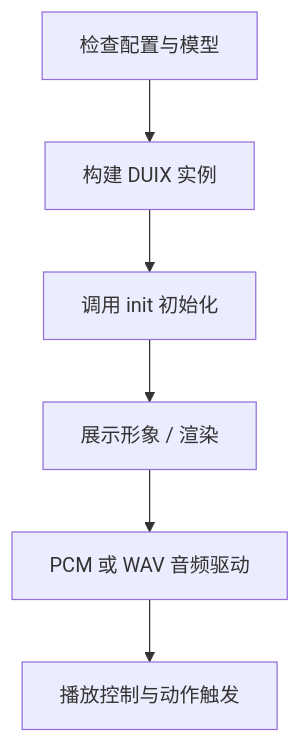
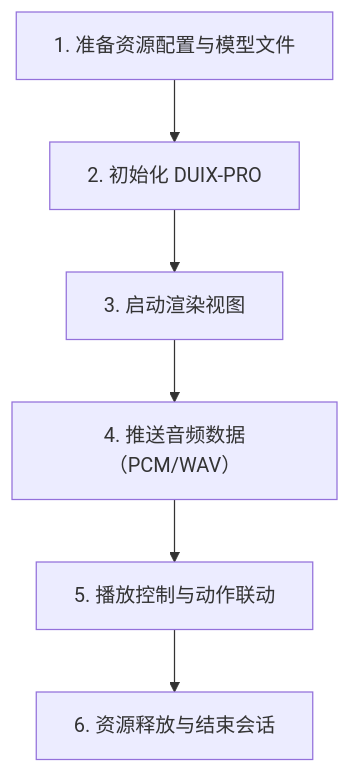
One commit to shixingxing/Duix-Mobile changed the diagram in duix-ios/GJLocalDigitalDemo/README.md. Above: the diagram before and after it, drawn with Mermaid. The commit also changed other lines of this file and 1 other file, not shown here.

````diff
--- a/duix-ios/GJLocalDigitalDemo/README.md
+++ b/duix-ios/GJLocalDigitalDemo/README.md
@@ -41,8 +70,8 @@
 ```mermaid
 graph TD
-A[检查配置与模型] --> B[构建 DUIX 实例]
-B --> C[调用 init 初始化]
-C --> D[展示形象 / 渲染]
-D --> E[PCM 或 WAV 音频驱动]
-E --> F[播放控制与动作触发]
+A[1. 准备资源配置与模型文件] --> B[2. 初始化 DUIX-PRO]
+B --> C[3. 启动渲染视图]
+C --> D[4. 推送音频数据（PCM/WAV）]
+D --> E[5. 播放控制与动作联动]
+E --> F[6. 资源释放与结束会话]
 ```
````
